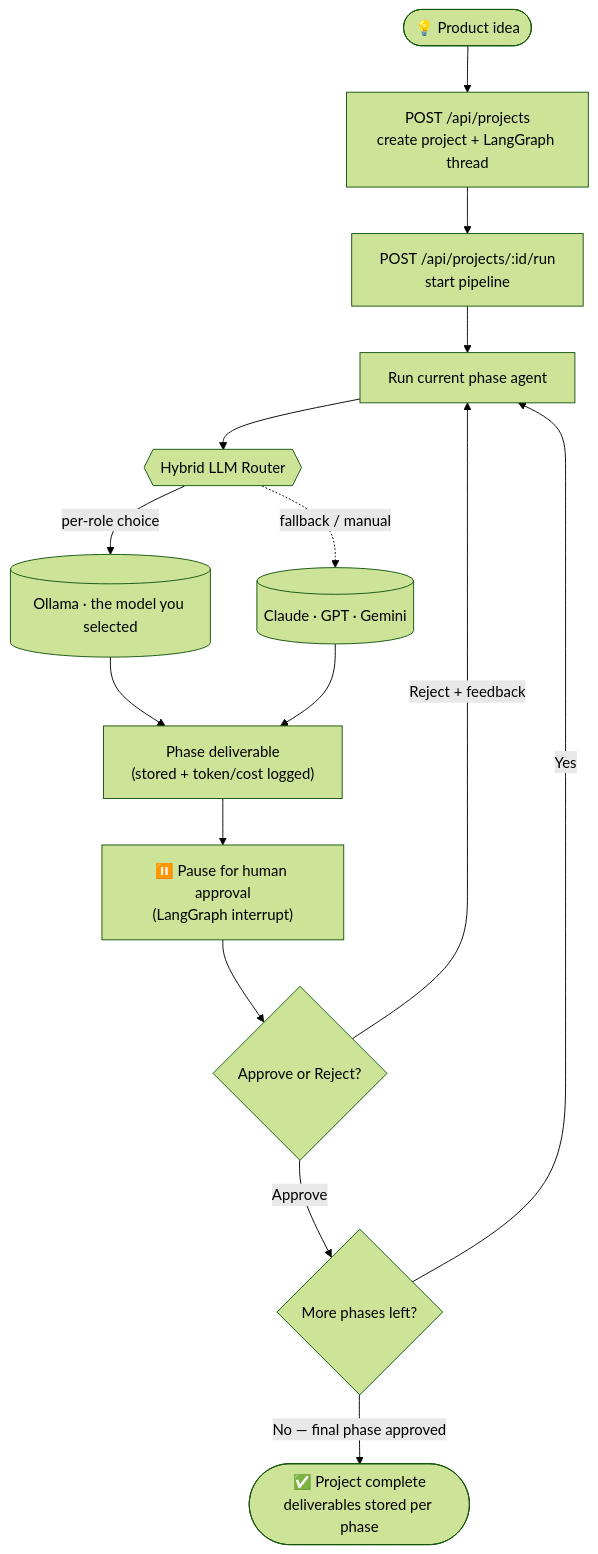
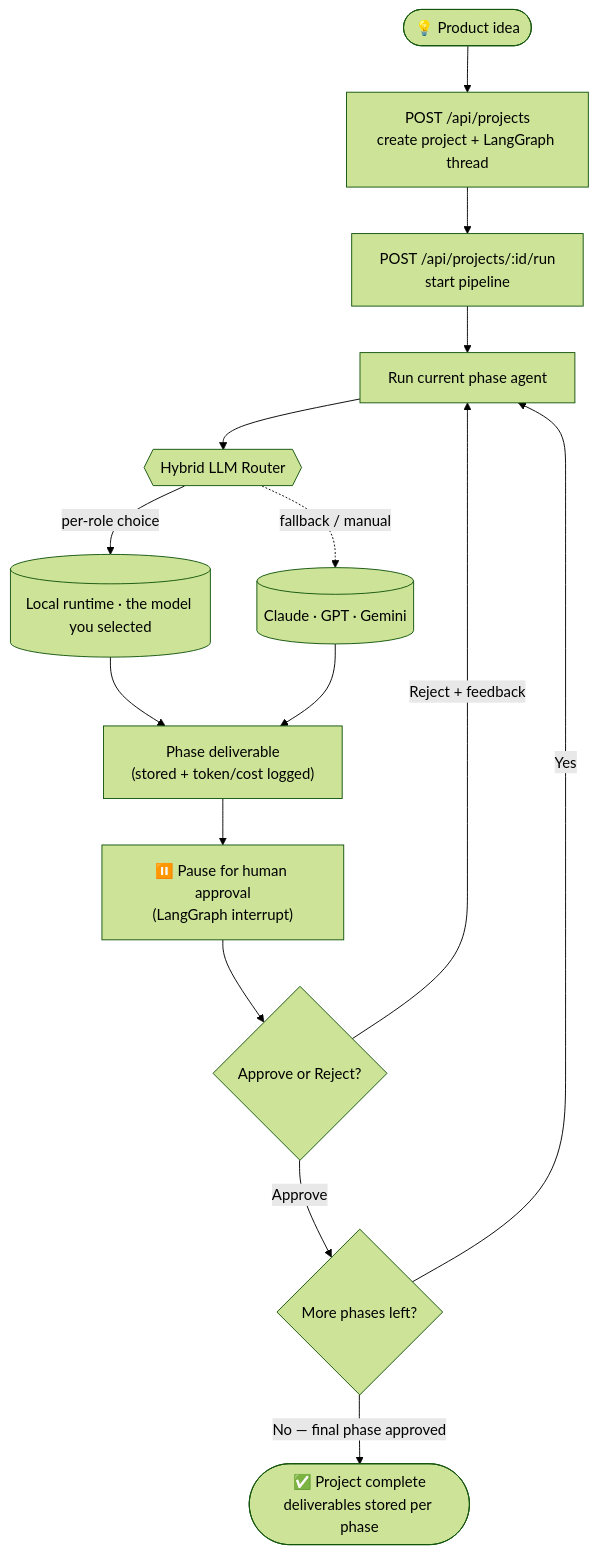
Before and after one commit to Sravan466/ai-software-engineering-team: the second of 3 diagrams in README.md, drawn with Mermaid (forest theme). The commit also changed other lines of this file and 32 other files, not shown here.

````diff
--- a/README.md
+++ b/README.md
@@ -247,19 +295,19 @@
 ```mermaid
 flowchart TD
     Idea(["💡 Product idea"]) --> Create["POST /api/projects<br/>create project + LangGraph thread"]
     Create --> Run["POST /api/projects/:id/run<br/>start pipeline"]
     Run --> Agent["Run current phase agent"]
 
     Agent --> Router{{"Hybrid LLM Router"}}
-    Router -->|per-role choice| Ollama[("Ollama · the model you selected")]
+    Router -->|per-role choice| Ollama[("Local runtime · the model you selected")]
     Router -.->|fallback / manual| Cloud[("Claude · GPT · Gemini")]
     Ollama --> Output["Phase deliverable<br/>(stored + token/cost logged)"]
     Cloud --> Output
 
     Output --> Pause["⏸️ Pause for human approval<br/>(LangGraph interrupt)"]
     Pause --> Decision{"Approve or Reject?"}
     Decision -->|"Reject + feedback"| Agent
     Decision -->|Approve| More{"More phases left?"}
     More -->|Yes| Agent
     More -->|"No — final phase approved"| Done(["✅ Project complete<br/>deliverables stored per phase"])
 ```
````
